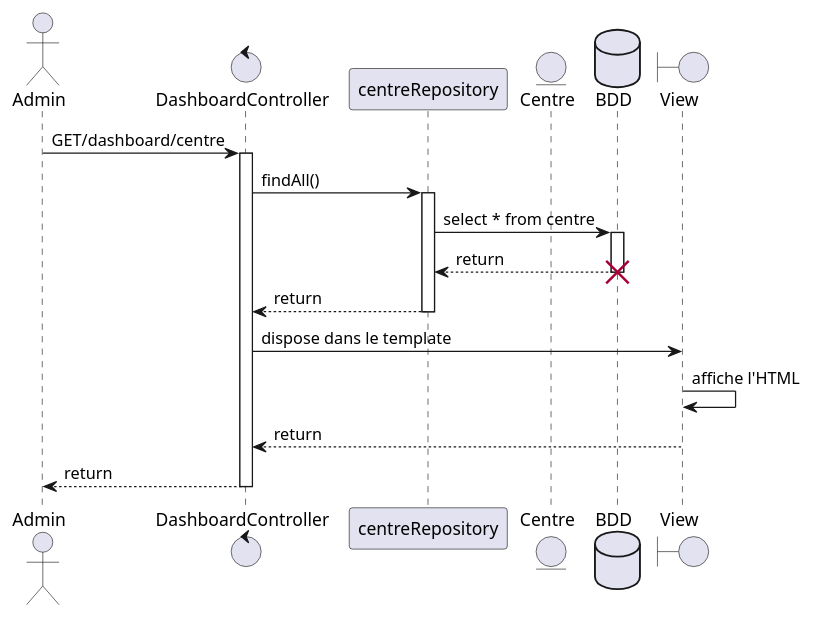
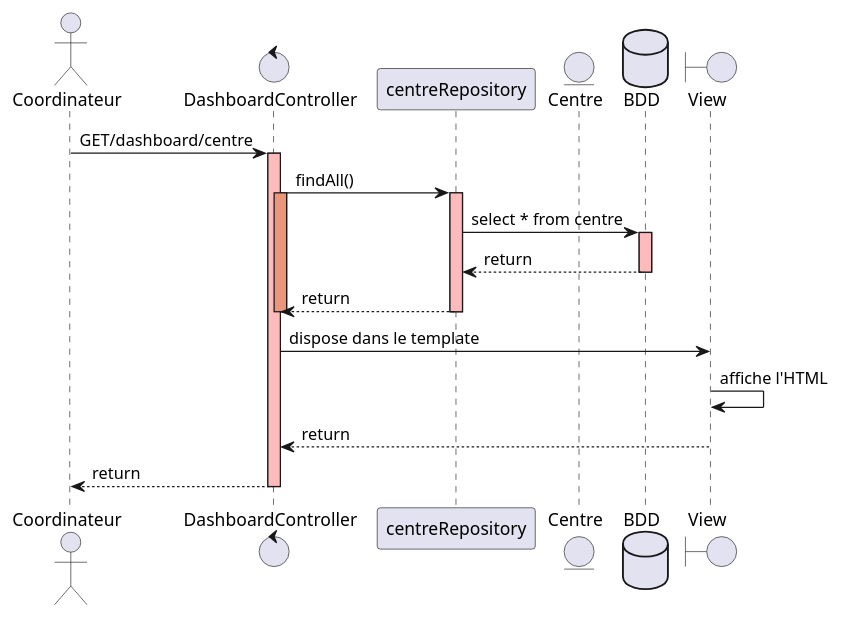
The diagram in doc/puml/SequenceDiagram.puml (GreenHawk-99/AppGreta), drawn with PlantUML before and after one commit. The commit also changed 6 other files, not shown here.

```diff
--- a/doc/puml/SequenceDiagram.puml
+++ b/doc/puml/SequenceDiagram.puml
@@ -1,30 +1,32 @@
 @startuml
 
-actor Admin
+actor Coordinateur
 control "DashboardController" as DC
 participant "centreRepository" as CR
 entity "Centre" as C
 database "BDD" as BDD
 boundary "View" as V
 
-Admin -> DC: GET/dashboard/centre
-activate DC
+Coordinateur -> DC: GET/dashboard/centre
+activate DC #FFBBBB
 
 DC -> CR: findAll()
-activate CR
+activate DC #DarkSalmon
+activate CR #FFBBBB
 
 CR -> BDD: select * from centre
-activate BDD
+activate BDD #FFBBBB
 BDD --> CR: return
-destroy BDD
+deactivate BDD
 
 CR --> DC: return
+deactivate DC
 deactivate CR
 
 DC -> V: dispose dans le template
 V -> V: affiche l'HTML
 V --> DC: return
 
-DC --> Admin: return
+DC --> Coordinateur: return
 deactivate DC
 @enduml
```
